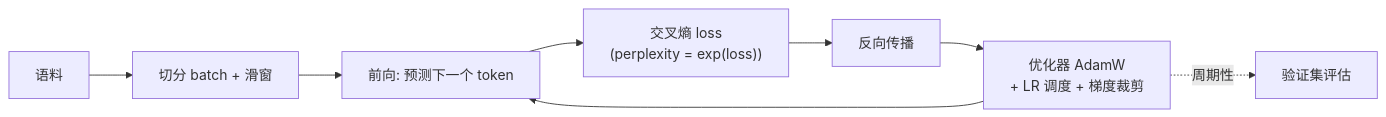
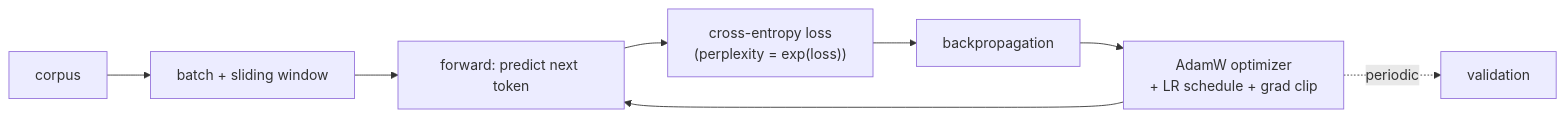
Before and after one commit to Alas129/transformer-playground: the eighth of 23 diagrams in docs/diagrams.md, drawn with Mermaid. The commit also changed other lines of this file, not shown here.

Commit message:
updated diagrams

````diff
--- a/docs/diagrams.md
+++ b/docs/diagrams.md
@@ -155,10 +169,10 @@
 ```mermaid
 flowchart LR
-    data[语料] --> batch[切分 batch + 滑窗]
-    batch --> fwd[前向: 预测下一个 token]
-    fwd --> loss["交叉熵 loss<br/>(perplexity = exp(loss))"]
-    loss --> bwd[反向传播]
-    bwd --> opt["优化器 AdamW<br/>+ LR 调度 + 梯度裁剪"]
+    data[corpus] --> batch[batch + sliding window]
+    batch --> fwd[forward: predict next token]
+    fwd --> loss["cross-entropy loss<br/>(perplexity = exp(loss))"]
+    loss --> bwd[backpropagation]
+    bwd --> opt["AdamW optimizer<br/>+ LR schedule + grad clip"]
     opt --> fwd
-    opt -. 周期性 .-> val[验证集评估]
+    opt -. periodic .-> val[validation]
 ```
````
